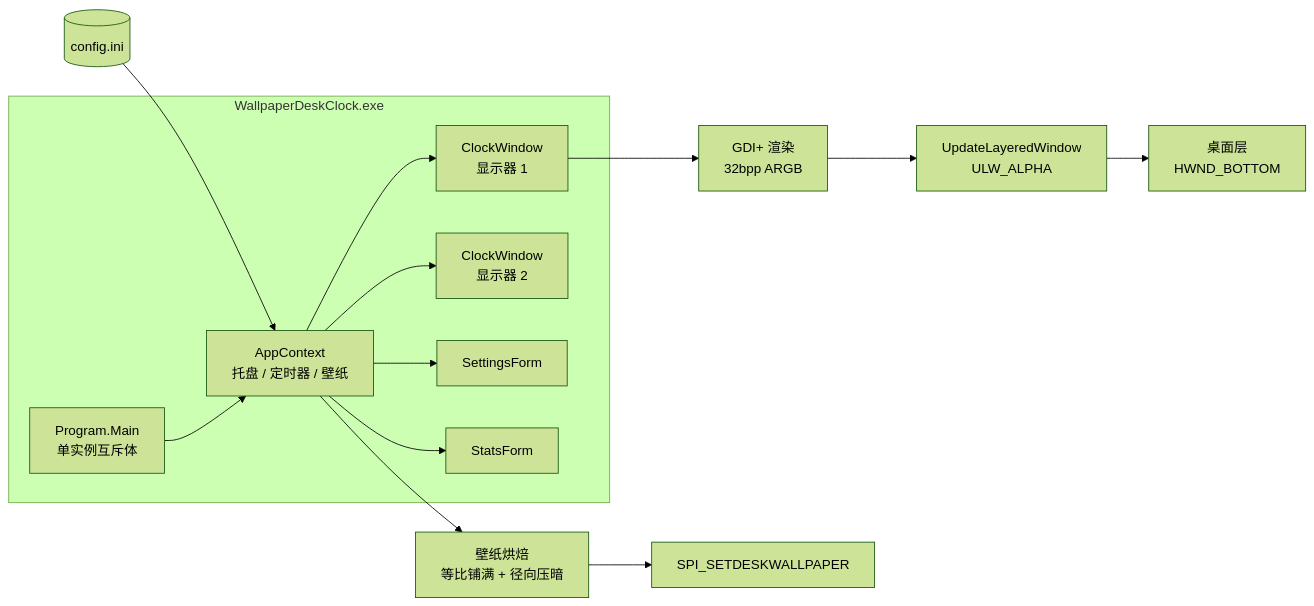
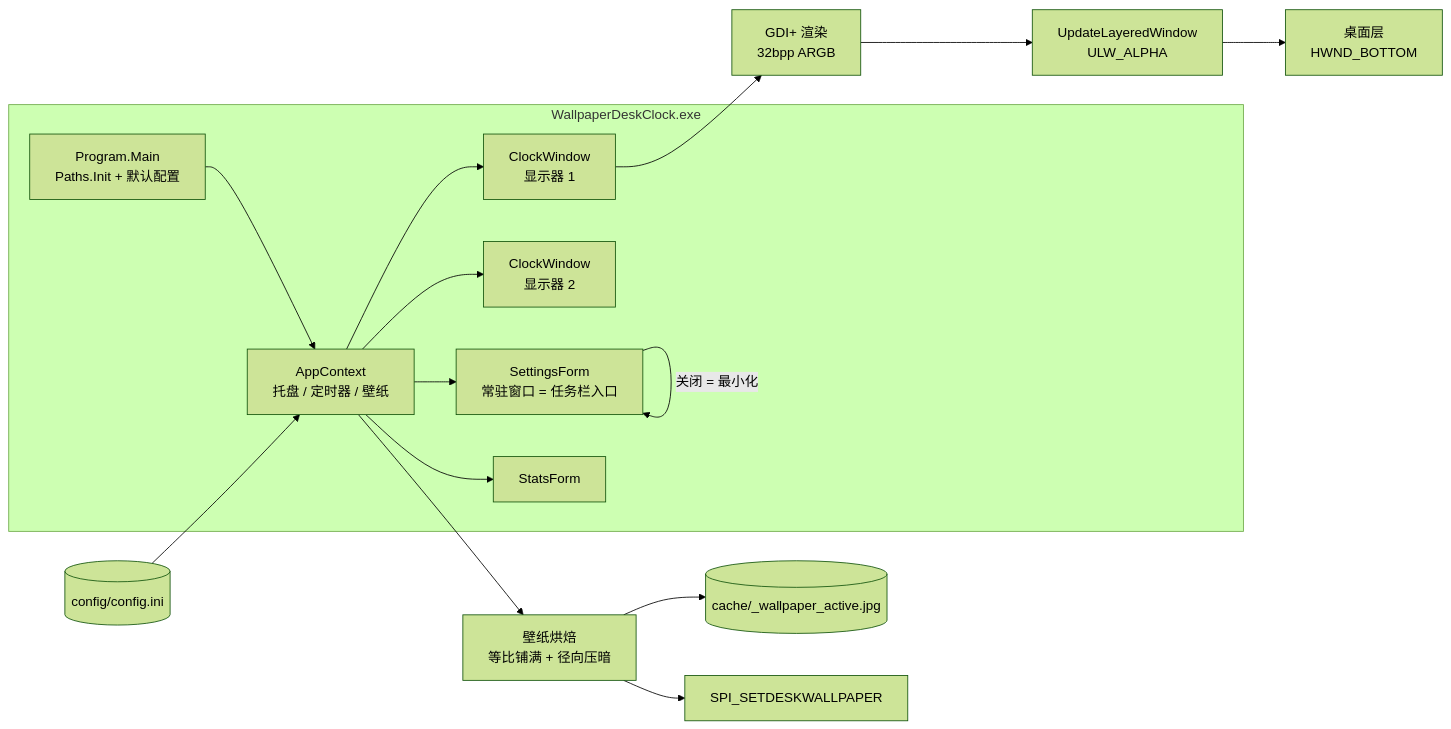
The first of 2 diagrams in README.md (xkzm123/WallpaperDeskClock), drawn with Mermaid (forest theme) before and after one commit. The commit also changed other lines of this file and 23 other files, not shown here.

````diff
--- a/README.md
+++ b/README.md
@@ -179,23 +265,25 @@
 ```mermaid
 flowchart LR
     subgraph PROC["WallpaperDeskClock.exe"]
-        MAIN["Program.Main<br/>单实例互斥体"]
+        MAIN["Program.Main<br/>Paths.Init + 默认配置"]
         APP["AppContext<br/>托盘 / 定时器 / 壁纸"]
+        SET["SettingsForm<br/>常驻窗口 = 任务栏入口"]
         W1["ClockWindow<br/>显示器 1"]
         W2["ClockWindow<br/>显示器 2"]
-        SET["SettingsForm"]
         STAT["StatsForm"]
     end
 
-    CFG[("config.ini")] --> APP
     MAIN --> APP
+    CFG[("config/config.ini")] --> APP
     APP --> W1
     APP --> W2
     APP --> SET
     APP --> STAT
+    SET -->|"关闭 = 最小化"| SET
     W1 --> R["GDI+ 渲染<br/>32bpp ARGB"]
     R --> UL["UpdateLayeredWindow<br/>ULW_ALPHA"]
     UL --> DESK["桌面层<br/>HWND_BOTTOM"]
     APP --> BAKE["壁纸烘焙<br/>等比铺满 + 径向压暗"]
+    BAKE --> CACHE[("cache/_wallpaper_active.jpg")]
     BAKE --> SPI["SPI_SETDESKWALLPAPER"]
 ```
````
